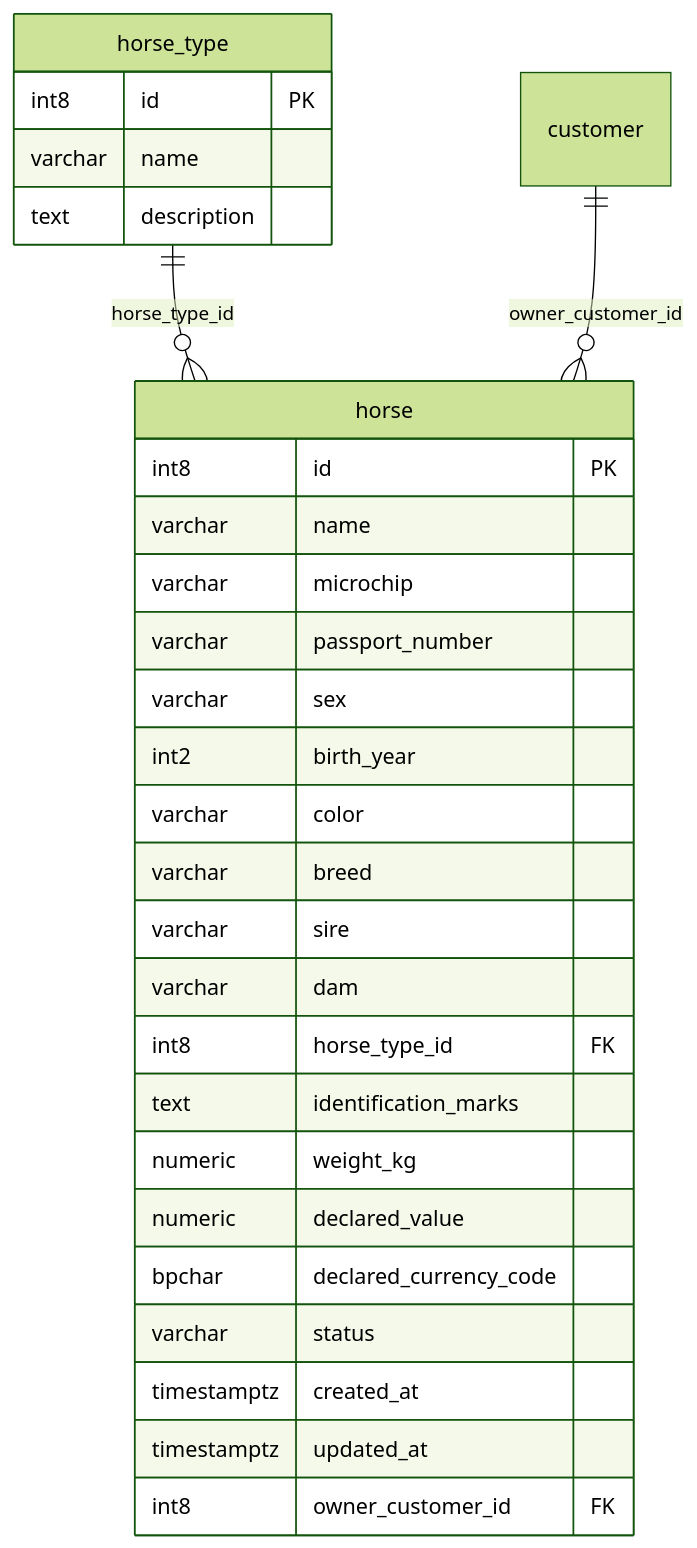
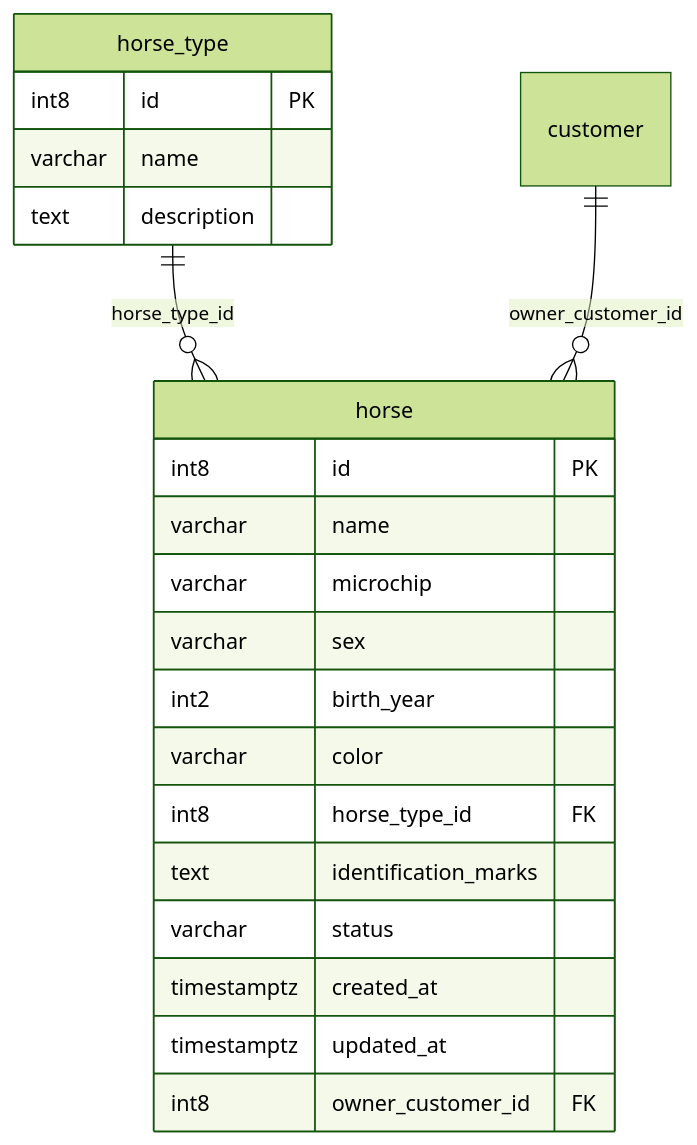
Before and after one commit to hankfwr23r2/SWP_RHT: the third of 15 diagrams in docs/database/ERD.md, drawn with Mermaid (forest theme). The commit also changed other lines of this file and 1 other file, not shown here.

Commit message:
docs: sinh lại ERD sau khi gọn hồ sơ ngựa; tiến độ M9

````diff
--- a/docs/database/ERD.md
+++ b/docs/database/ERD.md
@@ -148,31 +148,24 @@
 ```mermaid
 erDiagram
     horse_type {
         int8 id PK
         varchar name
         text description
     }
     horse {
         int8 id PK
         varchar name
         varchar microchip
-        varchar passport_number
         varchar sex
         int2 birth_year
         varchar color
-        varchar breed
-        varchar sire
-        varchar dam
         int8 horse_type_id FK
         text identification_marks
-        numeric weight_kg
-        numeric declared_value
-        bpchar declared_currency_code
         varchar status
         timestamptz created_at
         timestamptz updated_at
         int8 owner_customer_id FK
     }
     horse_type ||--o{ horse : "horse_type_id"
     customer ||--o{ horse : "owner_customer_id"
 ```
````
